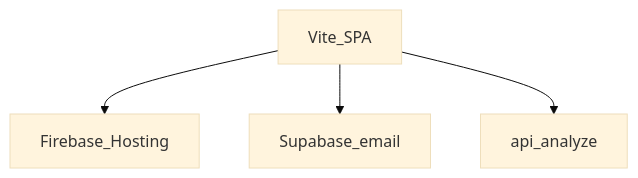
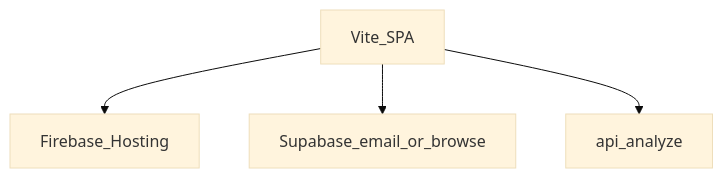
One commit to snuu09/myScrap changed the diagram in ROADMAP.md. Above: the diagram before and after it, drawn with Mermaid (base theme). The commit also changed other lines of this file and 38 other files, not shown here.

````diff
--- a/ROADMAP.md
+++ b/ROADMAP.md
@@ -13,10 +13,10 @@
 ```mermaid
 flowchart TB
   spa[Vite_SPA]
   host[Firebase_Hosting]
-  auth[Supabase_email]
+  auth[Supabase_email_or_browse]
   fn[api_analyze]
   spa --> host
   spa --> auth
   spa --> fn
 ```
````
